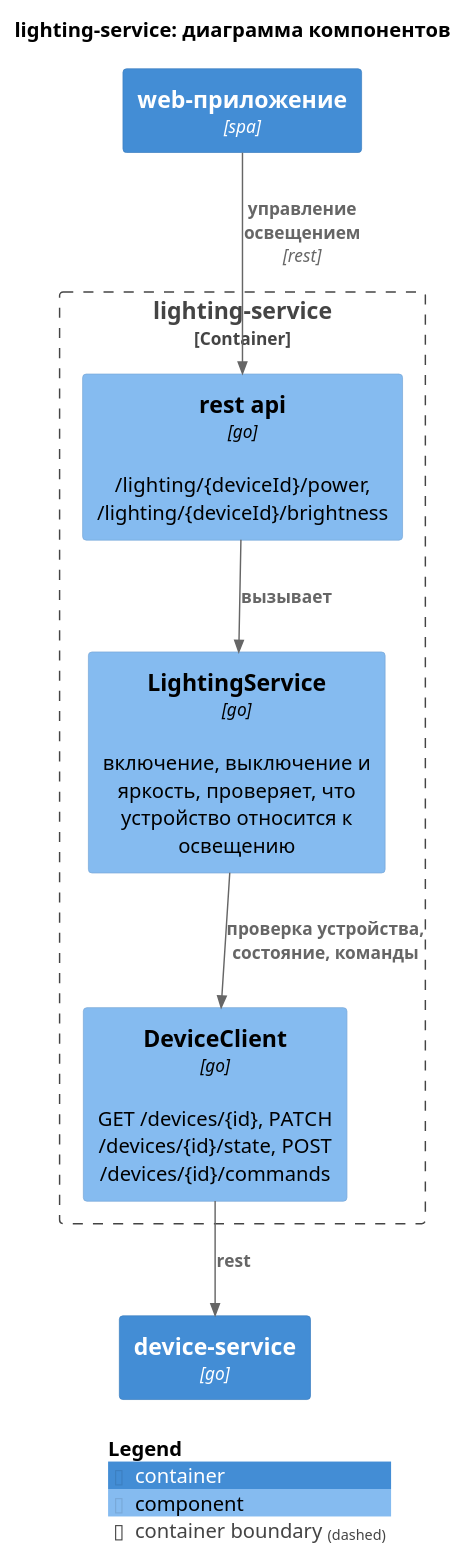
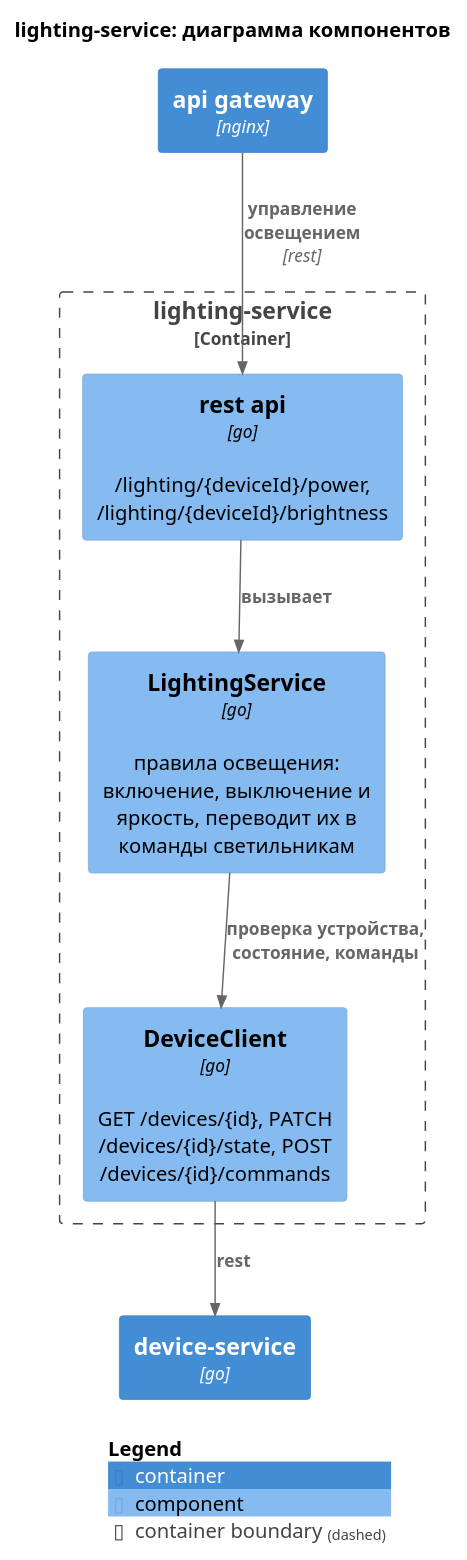
Before and after one commit to Murl1k/arch-sprint-1: the diagram in diagrams/component/lighting-service.puml, drawn with PlantUML. The commit also changed 22 other files, not shown here.

```diff
--- a/diagrams/component/lighting-service.puml
+++ b/diagrams/component/lighting-service.puml
@@ -1,21 +1,21 @@
 @startuml lighting-service
 !include https://raw.githubusercontent.com/plantuml-stdlib/C4-PlantUML/v2.14.0/C4_Component.puml
 
 title lighting-service: диаграмма компонентов
 
-Container(web, "web-приложение", "spa")
+Container(api_gw, "api gateway", "nginx")
 Container(device_svc, "device-service", "go")
 
 Container_Boundary(svc, "lighting-service") {
     Component(api, "rest api", "go", "/lighting/{deviceId}/power, /lighting/{deviceId}/brightness")
-    Component(lighting, "LightingService", "go", "включение, выключение и яркость, проверяет, что устройство относится к освещению")
+    Component(lighting, "LightingService", "go", "правила освещения: включение, выключение и яркость, переводит их в команды светильникам")
     Component(client, "DeviceClient", "go", "GET /devices/{id}, PATCH /devices/{id}/state, POST /devices/{id}/commands")
 }
 
-Rel(web, api, "управление освещением", "rest")
+Rel(api_gw, api, "управление освещением", "rest")
 Rel(api, lighting, "вызывает")
 Rel(lighting, client, "проверка устройства, состояние, команды")
 Rel(client, device_svc, "rest")
 
 SHOW_LEGEND()
 @enduml
```
